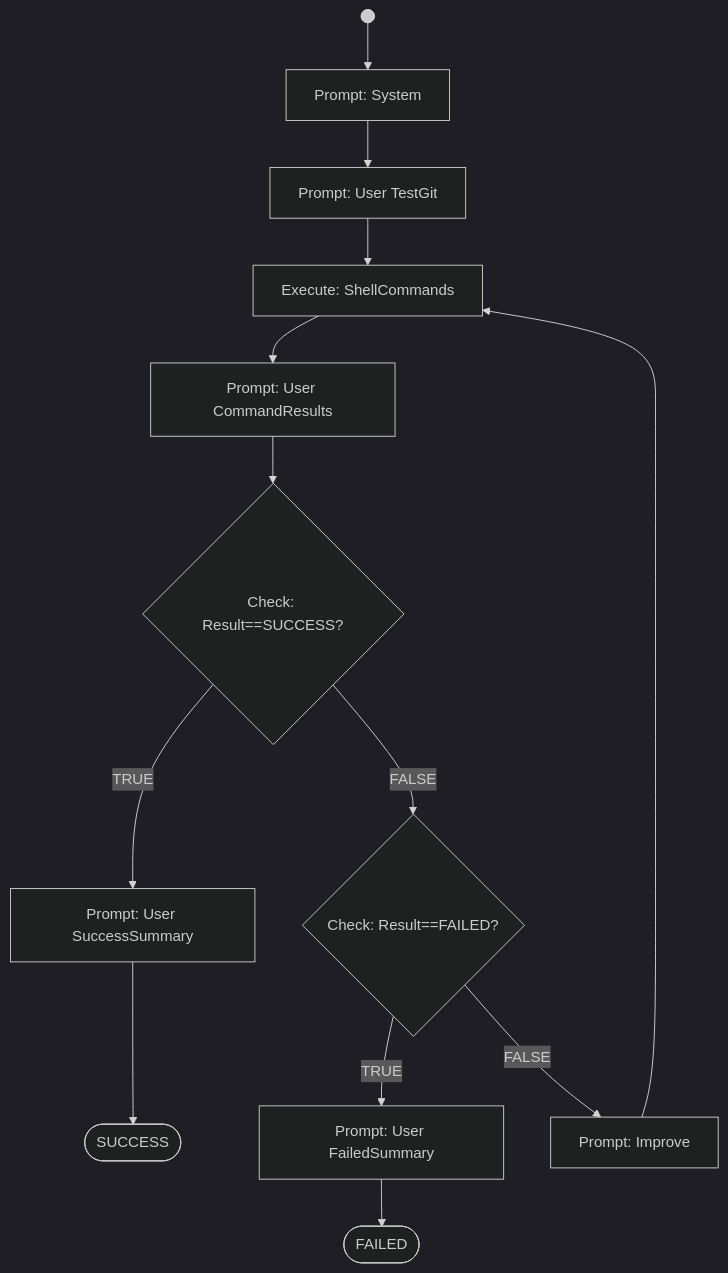
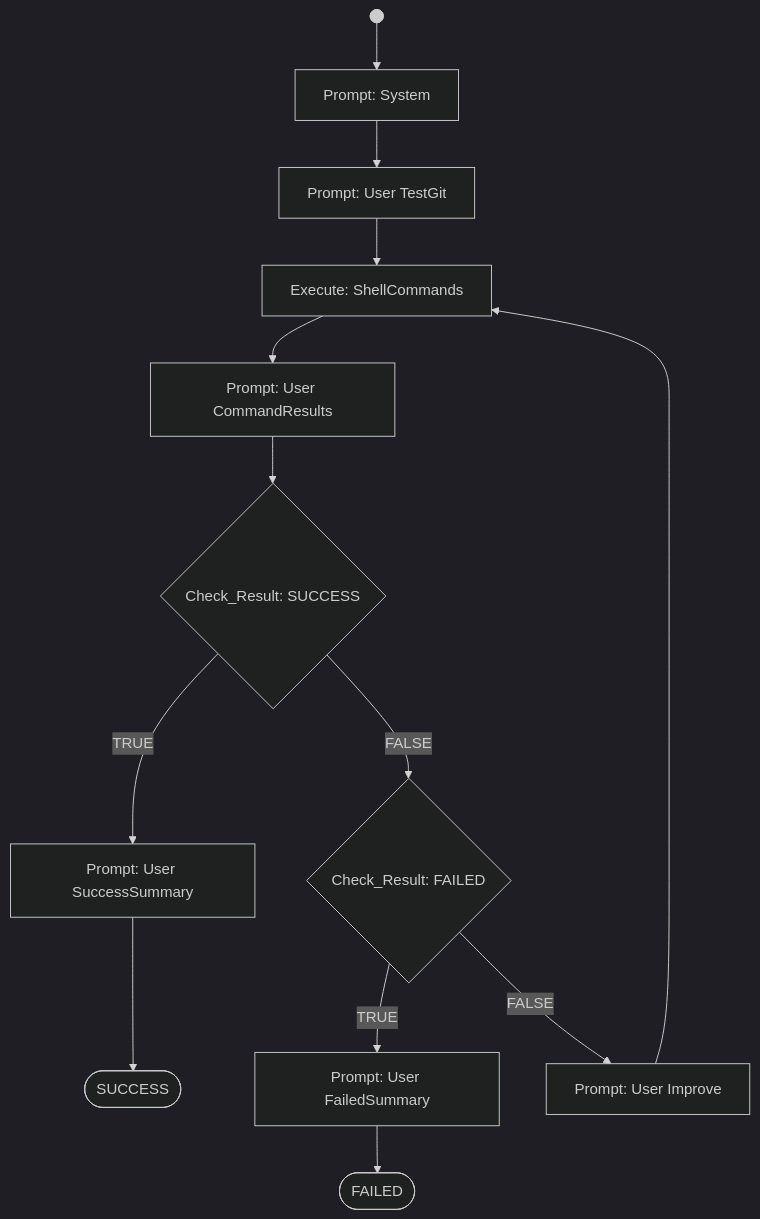
One commit to BernLeWal/AICodeMentor changed the diagram in app/workflow/check-toolchain.wf.md. Above: the diagram before and after it, drawn with Mermaid (dark theme). The commit also changed other lines of this file and 9 other files, not shown here.

````diff
--- a/app/workflow/check-toolchain.wf.md
+++ b/app/workflow/check-toolchain.wf.md
@@ -7,23 +7,23 @@
 ```mermaid
 flowchart TD
     START@{ shape: f-circ, label:"start"} --> PROMPT_SYSTEM
 
     PROMPT_SYSTEM[Prompt: System] --> PROMPT_TESTGIT
     PROMPT_TESTGIT[Prompt: User TestGit] --> EXECUTE_OUTPUT
     EXECUTE_OUTPUT[Execute: ShellCommands] --> PROMPT_CMDRESULTS
 
-    PROMPT_CMDRESULTS[Prompt: User CommandResults] --> CHECK_RESULT_SUCCESS{Check: Result==SUCCESS?}
+    PROMPT_CMDRESULTS[Prompt: User CommandResults] --> CHECK_RESULT_SUCCESS{Check_Result: SUCCESS}
     CHECK_RESULT_SUCCESS --> |TRUE| PROMPT_SUCCESS_SUMMARY
-    CHECK_RESULT_SUCCESS --> |FALSE| CHECK_RESULT_FAILED{Check: Result==FAILED?} 
+    CHECK_RESULT_SUCCESS --> |FALSE| CHECK_RESULT_FAILED{Check_Result: FAILED} 
 
     CHECK_RESULT_FAILED --> |TRUE| PROMPT_FAIL_SUMMARY
     CHECK_RESULT_FAILED --> |FALSE| PROMPT_IMPROVE
 
     PROMPT_SUCCESS_SUMMARY[Prompt: User SuccessSummary] --> SUCCESS
     PROMPT_FAIL_SUMMARY[Prompt: User FailedSummary] --> FAILED
 
-    PROMPT_IMPROVE[Prompt: Improve] --> EXECUTE_OUTPUT
+    PROMPT_IMPROVE[Prompt: User Improve] --> EXECUTE_OUTPUT
     
     SUCCESS@{ shape: stadium  }
     FAILED@{ shape: stadium }
 ```
````
